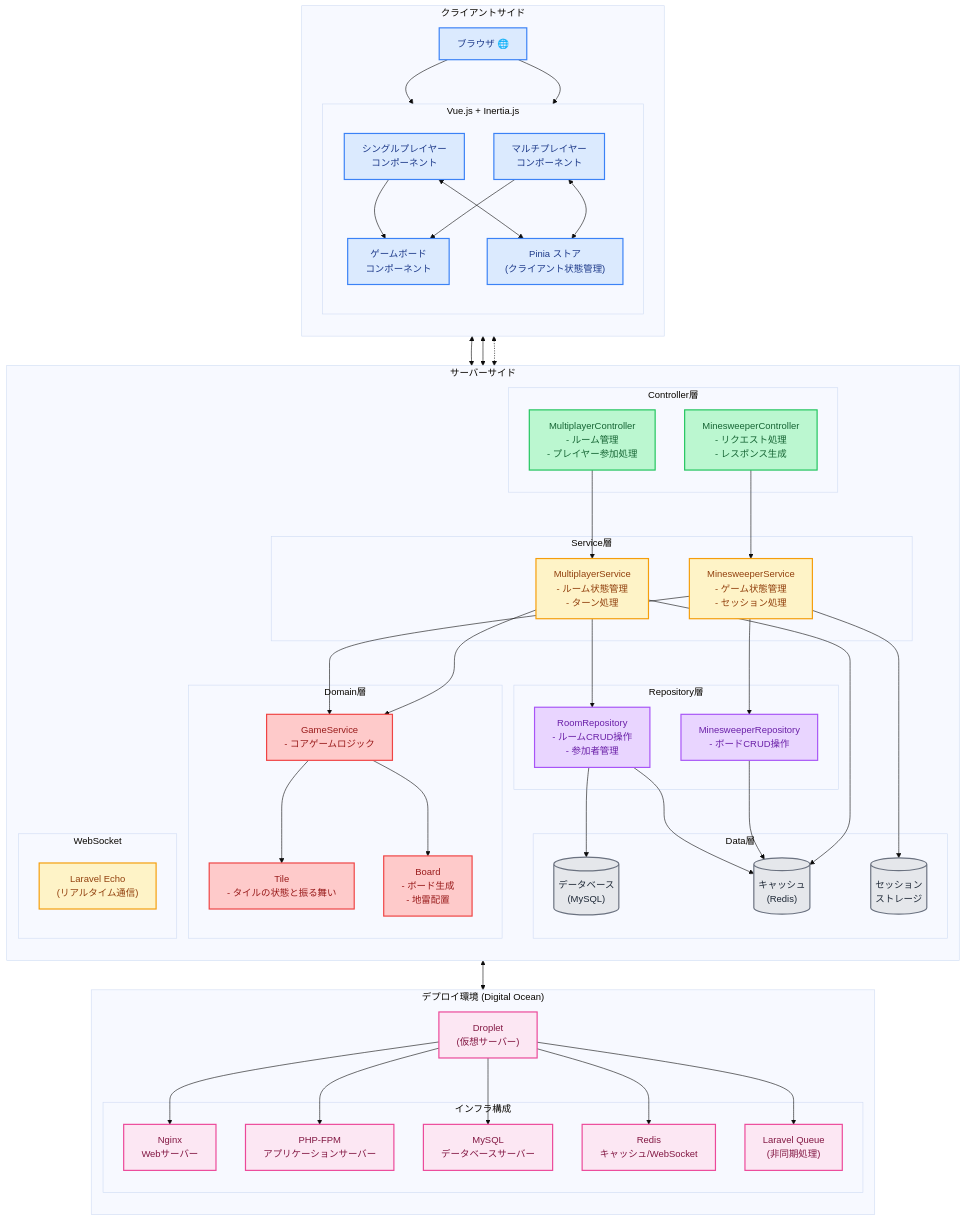
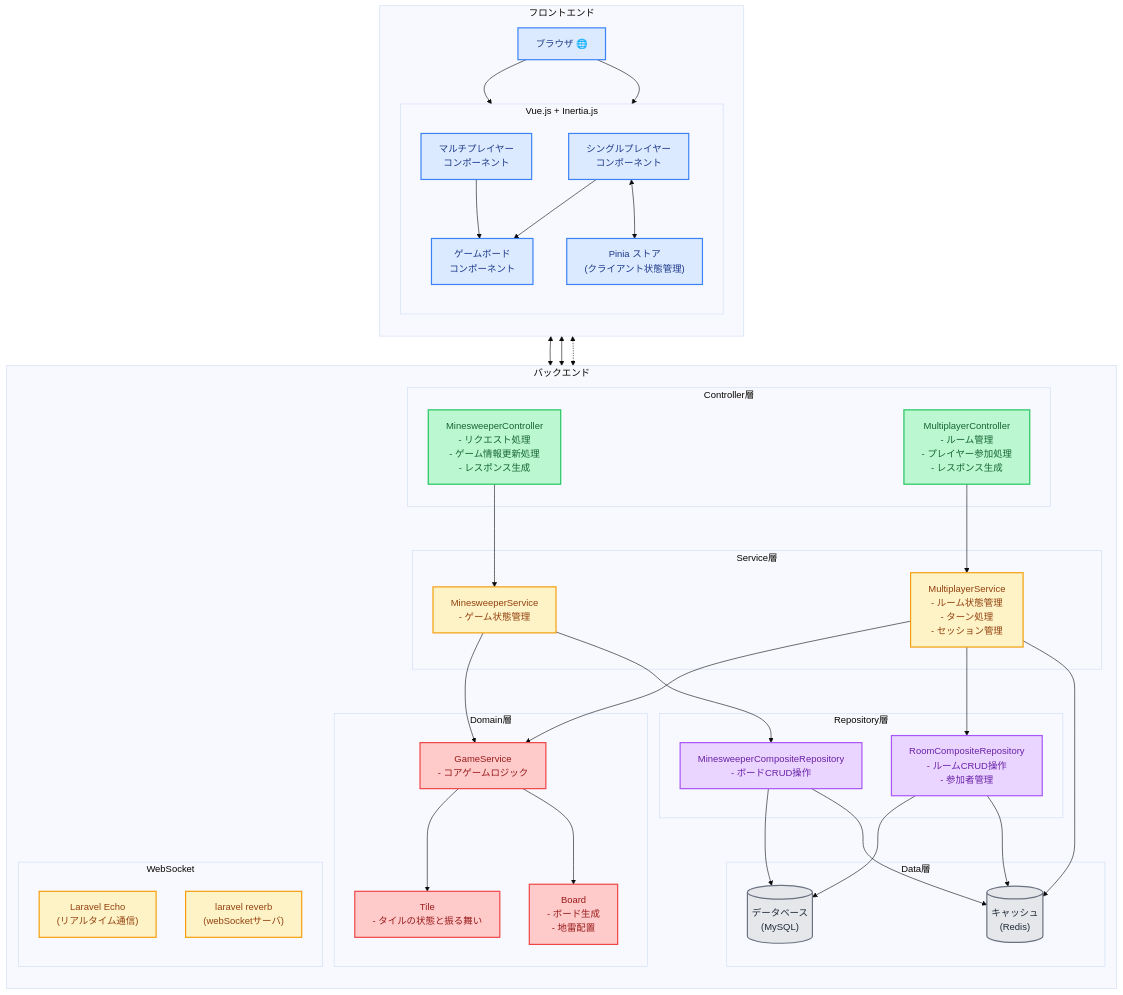
One commit to youmada/maybe_minesweeper changed the diagram in doc/multi_minesweeper_architecture_detail.mmd. Above: the diagram before and after it, drawn with Mermaid (base theme). The commit also changed 7 other files, not shown here.

```diff
--- a/doc/multi_minesweeper_architecture_detail.mmd
+++ b/doc/multi_minesweeper_architecture_detail.mmd
@@ -1,99 +1,82 @@
 flowchart TB
-    subgraph "クライアントサイド"
+    subgraph "フロントエンド"
         direction TB
         Browser["ブラウザ 🌐"]
 
         subgraph "Vue.js + Inertia.js"
             direction TB
             SinglePlayer["シングルプレイヤー\nコンポーネント"]
             MultiPlayer["マルチプレイヤー\nコンポーネント"]
             GameBoard["ゲームボード\nコンポーネント"]
             PiniaStore["Pinia ストア\n(クライアント状態管理)"]
         end
 
         Browser --> SinglePlayer & MultiPlayer
         SinglePlayer & MultiPlayer --> GameBoard
-        SinglePlayer & MultiPlayer <--> PiniaStore
+        SinglePlayer <--> PiniaStore
     end
 
-    subgraph "サーバーサイド"
+    subgraph "バックエンド"
         direction TB
 
         subgraph "Controller層"
-            MineController["MinesweeperController\n- リクエスト処理\n- レスポンス生成"]
-            MultiController["MultiplayerController\n- ルーム管理\n- プレイヤー参加処理"]
+            MineController["MinesweeperController\n- リクエスト処理\n- ゲーム情報更新処理\n- レスポンス生成"]
+            MultiController["MultiplayerController\n- ルーム管理\n- プレイヤー参加処理\n- レスポンス生成"]
         end
 
         subgraph "Service層"
-            MineService["MinesweeperService\n- ゲーム状態管理\n- セッション処理"]
-            MultiService["MultiplayerService\n- ルーム状態管理\n- ターン処理"]
+            MineService["MinesweeperService\n- ゲーム状態管理"]
+            MultiService["MultiplayerService\n- ルーム状態管理\n- ターン処理\n- セッション管理"]
         end
 
         subgraph "Domain層"
             GameService["GameService\n- コアゲームロジック"]
             Tile["Tile\n- タイルの状態と振る舞い"]
             Board["Board\n- ボード生成\n- 地雷配置"]
         end
 
         subgraph "Repository層"
-            RoomRepo["RoomRepository\n- ルームCRUD操作\n- 参加者管理"]
-            MinesweeperRepo["MinesweeperRepository\n- ボードCRUD操作"]
+            RoomRepo["RoomCompositeRepository\n- ルームCRUD操作\n- 参加者管理"]
+            MinesweeperRepo["MinesweeperCompositeRepository\n- ボードCRUD操作"]
         end
 
         subgraph "Data層"
             DB[("データベース\n(MySQL)")]
             Cache[("キャッシュ\n(Redis)")]
-            Session[("セッション\nストレージ")]
         end
 
         subgraph "WebSocket"
             Echo["Laravel Echo\n(リアルタイム通信)"]
+            Reverb["laravel reverb\n(webSocketサーバ)"]
         end
     end
 
-    subgraph "デプロイ環境 (Digital Ocean)"
-        direction TB
-        Droplet["Droplet\n(仮想サーバー)"]
-
-        subgraph "インフラ構成"
-            WebServer["Nginx\nWebサーバー"]
-            AppServer["PHP-FPM\nアプリケーションサーバー"]
-            DBServer["MySQL\nデータベースサーバー"]
-            Redis["Redis\nキャッシュ/WebSocket"]
-            Queue["Laravel Queue\n(非同期処理)"]
-        end
-
-        Droplet --> WebServer & AppServer & DBServer & Redis & Queue
-    end
 
 %% 接続関係
     Browser <--> MineController & MultiController
     MultiPlayer <-.-> Echo
     MineController --> MineService
     MultiController --> MultiService
     MineService --> GameService
     MultiService --> GameService
     MineService --> MinesweeperRepo
     MultiService --> RoomRepo
     GameService --> Tile & Board
     RoomRepo --> DB
+    MinesweeperRepo --> DB
     RoomRepo --> Cache
     MinesweeperRepo --> Cache
-    MineService --> Session
     MultiService --> Cache
-    Echo <--> Redis
 %% クラススタイル
     classDef client fill: #dbeafe, stroke: #3b82f6, stroke-width: 2px, color: #1e3a8a
     classDef controller fill: #bbf7d0, stroke: #22c55e, stroke-width: 2px, color: #166534
     classDef service fill: #fef3c7, stroke: #f59e0b, stroke-width: 2px, color: #92400e
     classDef domain fill: #fecaca, stroke: #ef4444, stroke-width: 2px, color: #991b1b
     classDef repository fill: #e9d5ff, stroke: #a855f7, stroke-width: 2px, color: #6b21a8
     classDef data fill: #e5e7eb, stroke: #6b7280, stroke-width: 2px, color: #1f2937
-    classDef infra fill: #fce7f3, stroke: #ec4899, stroke-width: 2px, color: #831843
     class Browser,SinglePlayer,MultiPlayer,GameBoard,PiniaStore client
     class MineController,MultiController controller
-    class MineService,MultiService,Echo service
+    class MineService,MultiService,Echo,Reverb service
     class GameService,Tile,Board domain
     class RoomRepo,MinesweeperRepo repository
     class DB,Cache,Session data
-    class Droplet,WebServer,AppServer,DBServer,Redis,Queue infra
```
